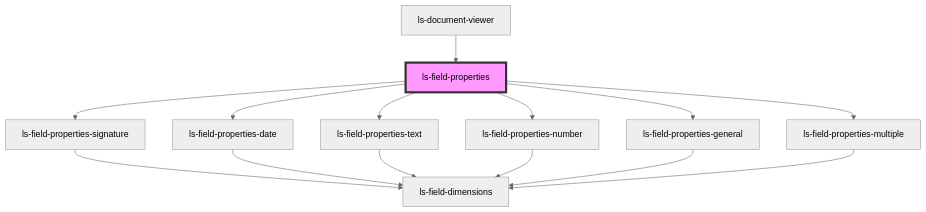
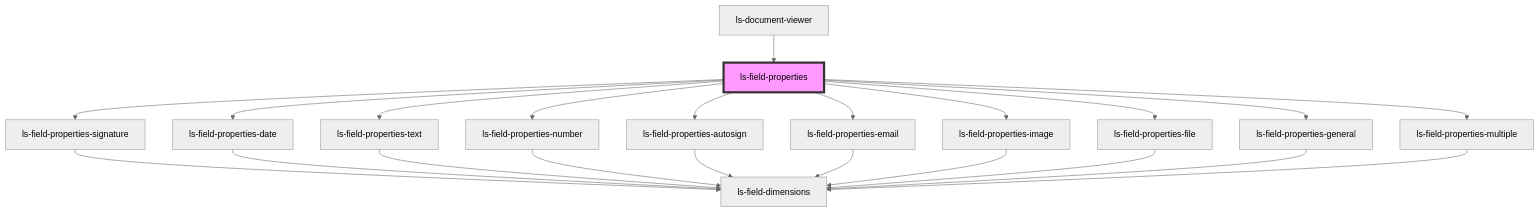
The diagram in src/components/ls-field-properties/readme.md (legalesign/ls-document-viewer), drawn with Mermaid (neutral theme) before and after one commit. The commit also changed other lines of this file and 38 other files, not shown here.

````diff
--- a/src/components/ls-field-properties/readme.md
+++ b/src/components/ls-field-properties/readme.md
@@ -31,17 +35,25 @@
 ```mermaid
 graph TD;
   ls-field-properties --> ls-field-properties-signature
   ls-field-properties --> ls-field-properties-date
   ls-field-properties --> ls-field-properties-text
   ls-field-properties --> ls-field-properties-number
+  ls-field-properties --> ls-field-properties-autosign
+  ls-field-properties --> ls-field-properties-email
+  ls-field-properties --> ls-field-properties-image
+  ls-field-properties --> ls-field-properties-file
   ls-field-properties --> ls-field-properties-general
   ls-field-properties --> ls-field-properties-multiple
   ls-field-properties-signature --> ls-field-dimensions
   ls-field-properties-date --> ls-field-dimensions
   ls-field-properties-text --> ls-field-dimensions
   ls-field-properties-number --> ls-field-dimensions
+  ls-field-properties-autosign --> ls-field-dimensions
+  ls-field-properties-email --> ls-field-dimensions
+  ls-field-properties-image --> ls-field-dimensions
+  ls-field-properties-file --> ls-field-dimensions
   ls-field-properties-general --> ls-field-dimensions
   ls-field-properties-multiple --> ls-field-dimensions
   ls-document-viewer --> ls-field-properties
   style ls-field-properties fill:#f9f,stroke:#333,stroke-width:4px
 ```
````
